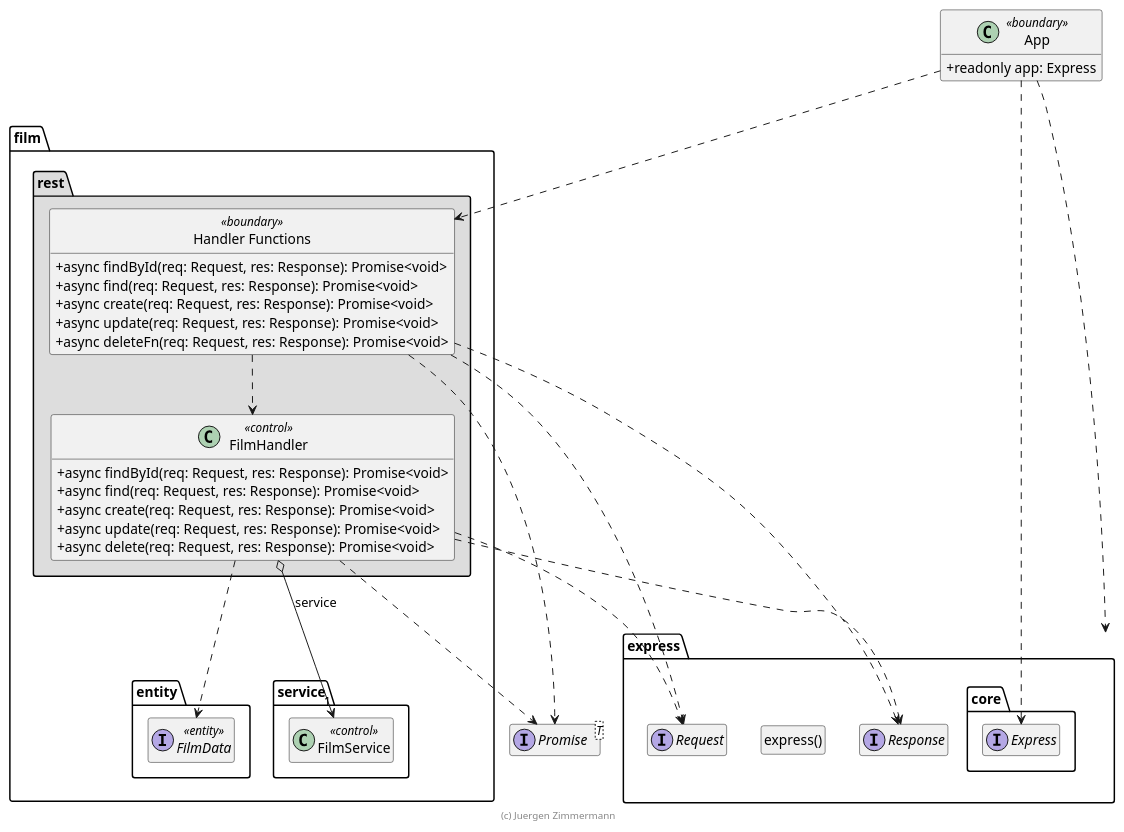
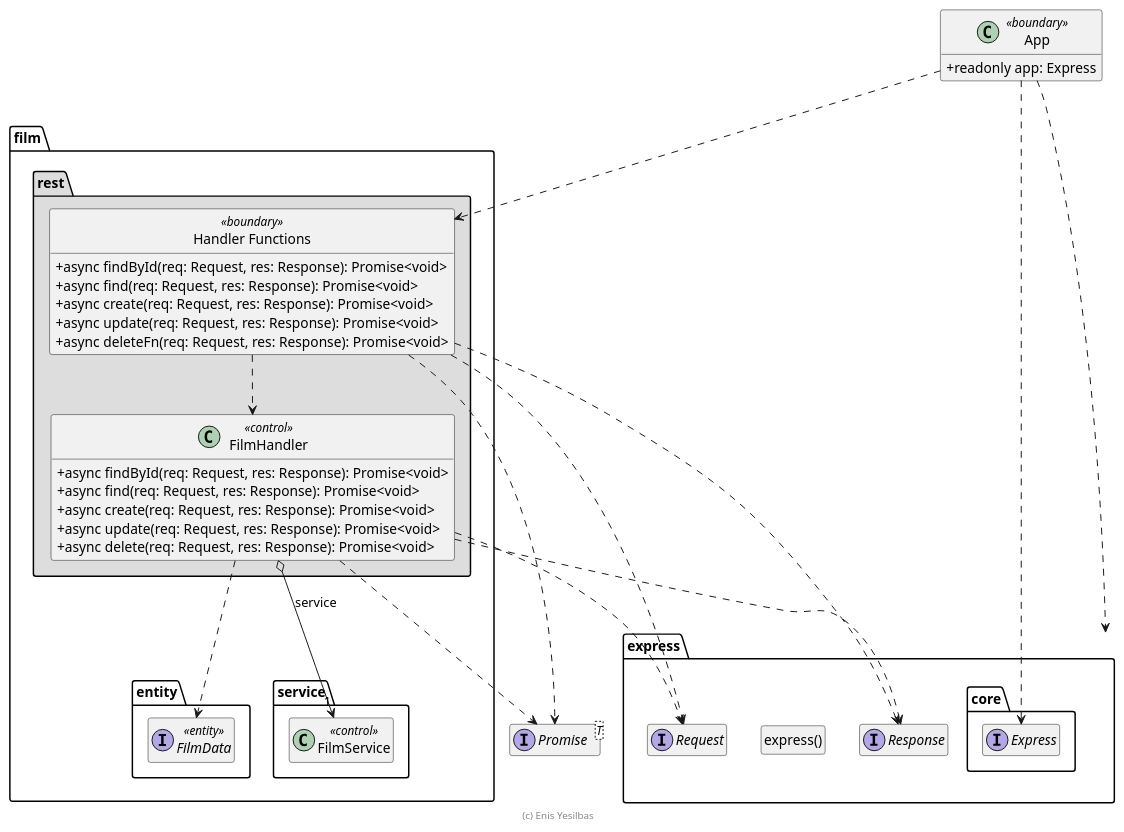
The diagram in doc/entwicklerhandbuch/FilmHandler.puml (tanermemili/ss21_swe_grp5_abgabe1-1), drawn with PlantUML before and after one commit. The commit also changed other lines of this file and 4 other files, not shown here.

Commit message:
Verbessern der PlantUML-Diagramme und leichte Korrekturen

```diff
--- a/doc/entwicklerhandbuch/FilmHandler.puml
+++ b/doc/entwicklerhandbuch/FilmHandler.puml
@@ -15,75 +2,75 @@
 @startuml Handler-Funktionen und Handler-Klasse
 
 !pragma useNewPackage
 skinparam classAttributeIconSize 0
 skinparam componentStyle uml2
 
 interface Promise<T>
 
 package express {
   package core {
     interface Express
   }
 
   class "express()" as express
   hide express circle
 
   interface Request
   interface Response
 }
 
 class App <<boundary>> {
   + readonly app: Express
 }
 App ..> Express
 App ..> express
 
 package film {
   package entity {
     interface FilmData <<entity>> {
     }
   }
 
   package service {
     class FilmService << control >> {
     }
   }
 
   package rest #DDDDDD {
     "Handler Functions" .right.> Request
     "Handler Functions" ..> Response
     "Handler Functions" ..> Promise
     "Handler Functions" ..> FilmHandler
 
     FilmHandler o--> "1" FilmService : service
     FilmHandler .right.> Request
     FilmHandler ..> Response
     FilmHandler ..> FilmData
     FilmHandler ..> Promise
 
     class "Handler Functions" << boundary >> {
       + async findById(req: Request, res: Response): Promise<void>
       + async find(req: Request, res: Response): Promise<void>
       + async create(req: Request, res: Response): Promise<void>
       + async update(req: Request, res: Response): Promise<void>
       + async deleteFn(req: Request, res: Response): Promise<void>
     }
     hide "Handler Functions" << boundary >> circle
 
     class FilmHandler << control >> {
       + async findById(req: Request, res: Response): Promise<void>
       + async find(req: Request, res: Response): Promise<void>
       + async create(req: Request, res: Response): Promise<void>
       + async update(req: Request, res: Response): Promise<void>
       + async delete(req: Request, res: Response): Promise<void>
     }
   }
 }
 
 App ..> "Handler Functions"
 
 hide empty members
 
-footer (c) Juergen Zimmermann
+footer (c) Enis Yesilbas
 
 @enduml
```
